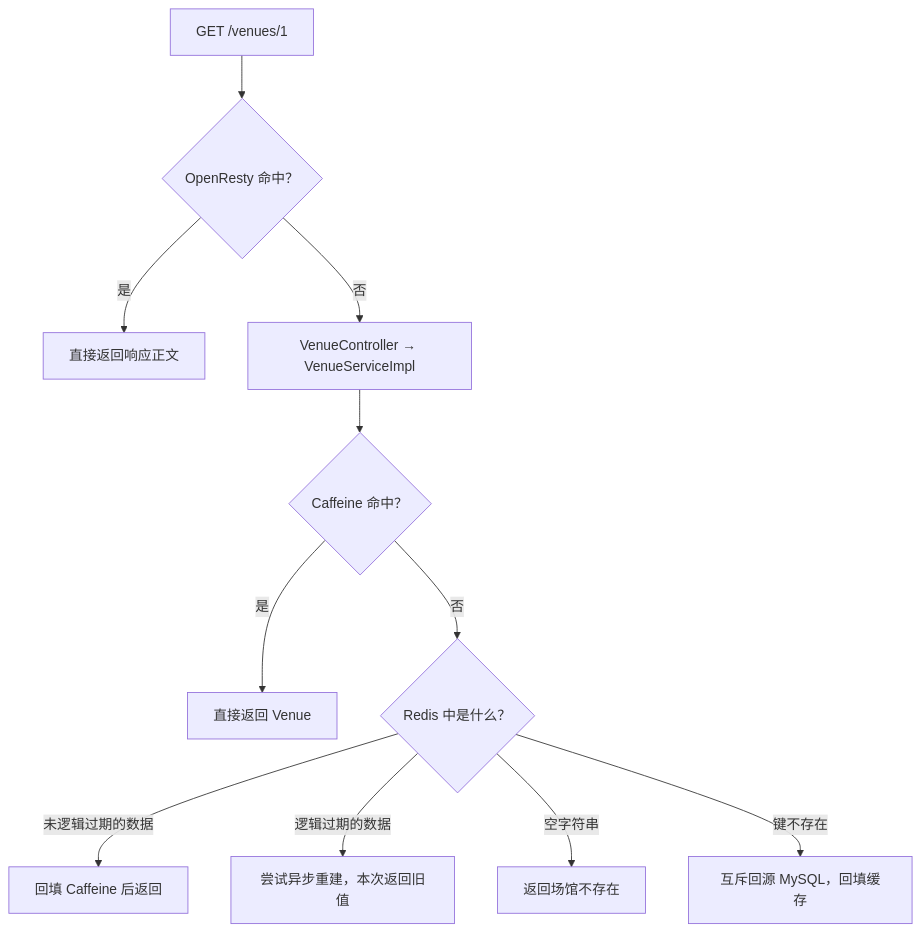
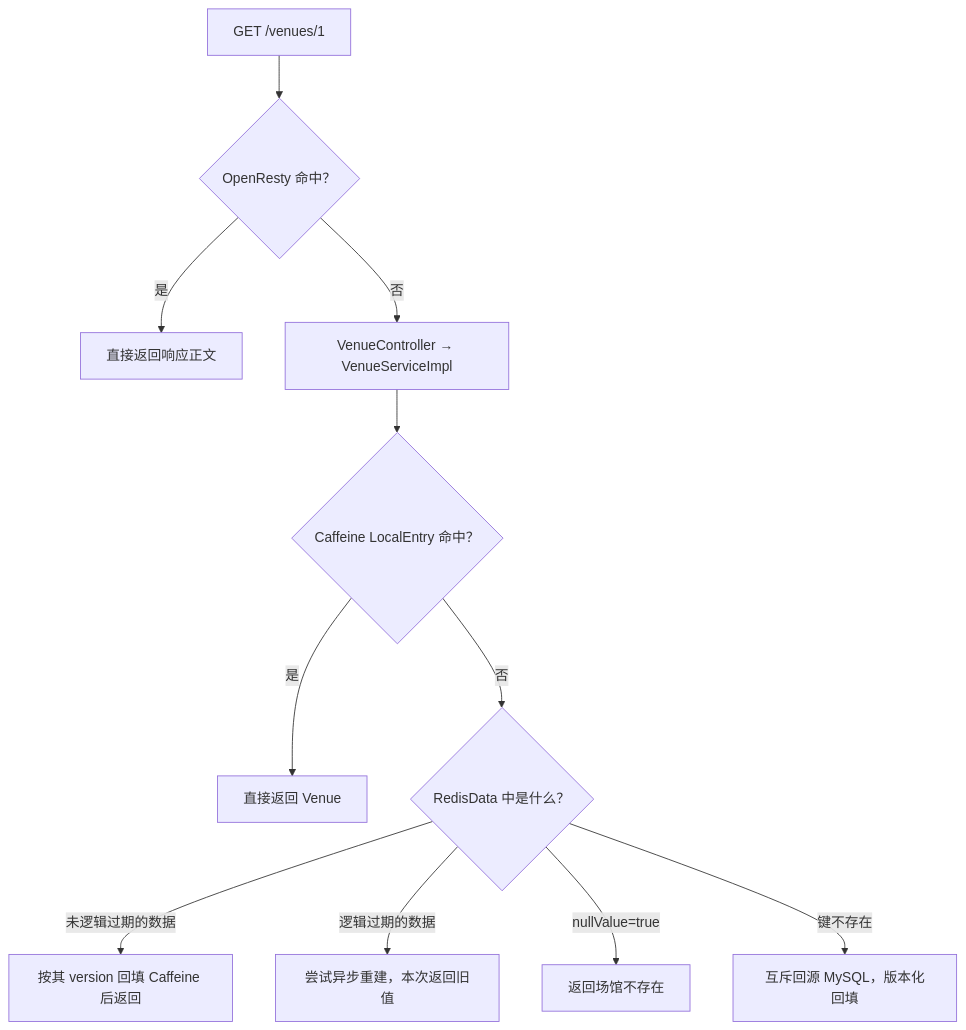
One commit to SyH-101/citypass-platform changed the seventh of 13 diagrams in 04-最终一致性与缓存治理.md. Above: the diagram before and after it, drawn with Mermaid. The commit also changed other lines of this file and 1 other file, not shown here.

````diff
--- a/04-最终一致性与缓存治理.md
+++ b/04-最终一致性与缓存治理.md
@@ -738,13 +715,13 @@
 ```mermaid
 flowchart TD
     U["GET /venues/1"] --> G{"OpenResty 命中？"}
     G -->|是| A["直接返回响应正文"]
     G -->|否| J["VenueController → VenueServiceImpl"]
-    J --> L{"Caffeine 命中？"}
+    J --> L{"Caffeine LocalEntry 命中？"}
     L -->|是| B["直接返回 Venue"]
-    L -->|否| R{"Redis 中是什么？"}
-    R -->|未逻辑过期的数据| C["回填 Caffeine 后返回"]
+    L -->|否| R{"RedisData 中是什么？"}
+    R -->|未逻辑过期的数据| C["按其 version 回填 Caffeine 后返回"]
     R -->|逻辑过期的数据| D["尝试异步重建，本次返回旧值"]
-    R -->|空字符串| E["返回场馆不存在"]
-    R -->|键不存在| F["互斥回源 MySQL，回填缓存"]
+    R -->|nullValue=true| E["返回场馆不存在"]
+    R -->|键不存在| F["互斥回源 MySQL，版本化回填"]
 ```
````
